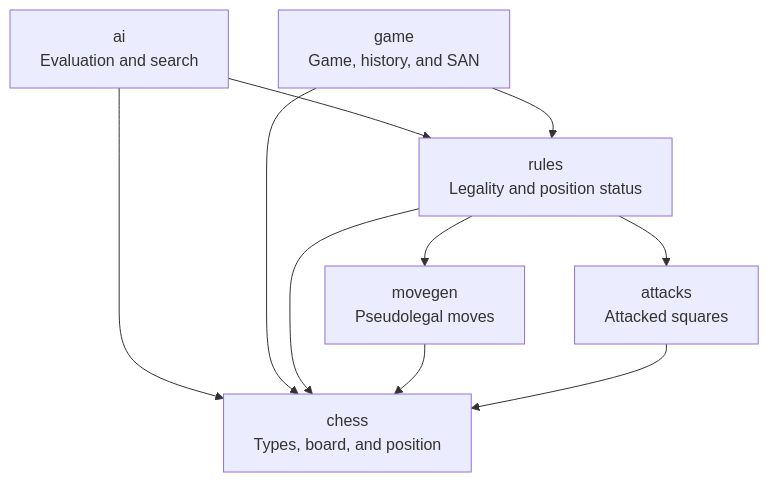
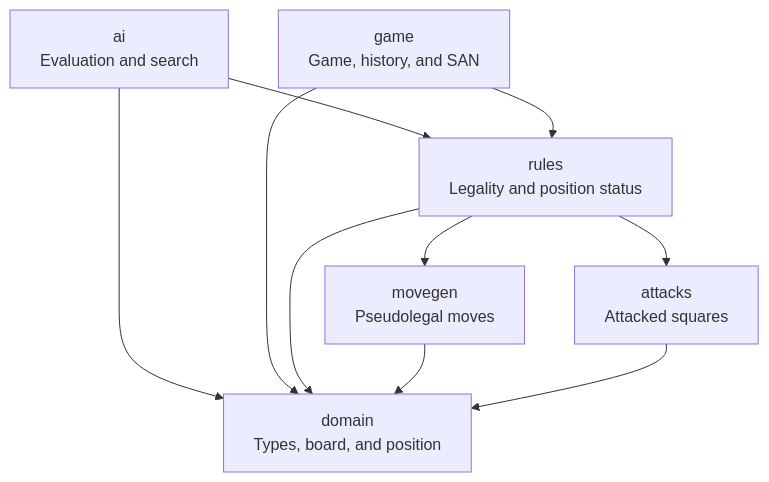
One commit to gabrzb/chess-go changed the second of 2 diagrams in README-EN.md. Above: the diagram before and after it, drawn with Mermaid. The commit also changed other lines of this file and 194 other files, not shown here.

````diff
--- a/README-EN.md
+++ b/README-EN.md
@@ -186,19 +188,19 @@
 ```mermaid
 flowchart TB
     game["game<br/>Game, history, and SAN"]
     ai["ai<br/>Evaluation and search"]
     rules["rules<br/>Legality and position status"]
     movegen["movegen<br/>Pseudolegal moves"]
     attacks["attacks<br/>Attacked squares"]
-    chess["chess<br/>Types, board, and position"]
+    chess["domain<br/>Types, board, and position"]
 
     ai --> rules
     game --> rules
     rules --> movegen
     rules --> attacks
     ai --> chess
     game --> chess
     rules --> chess
     movegen --> chess
     attacks --> chess
 ```
````
